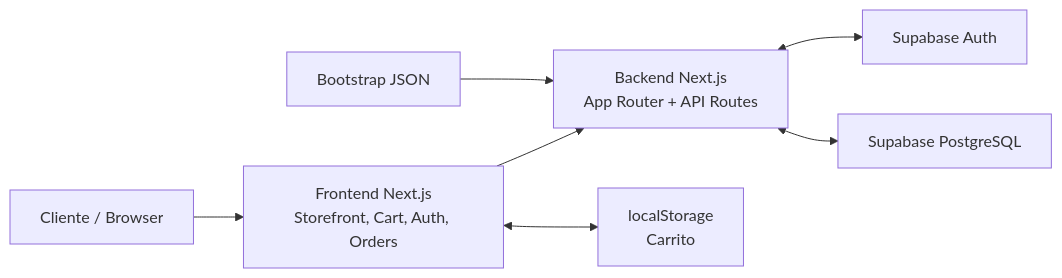
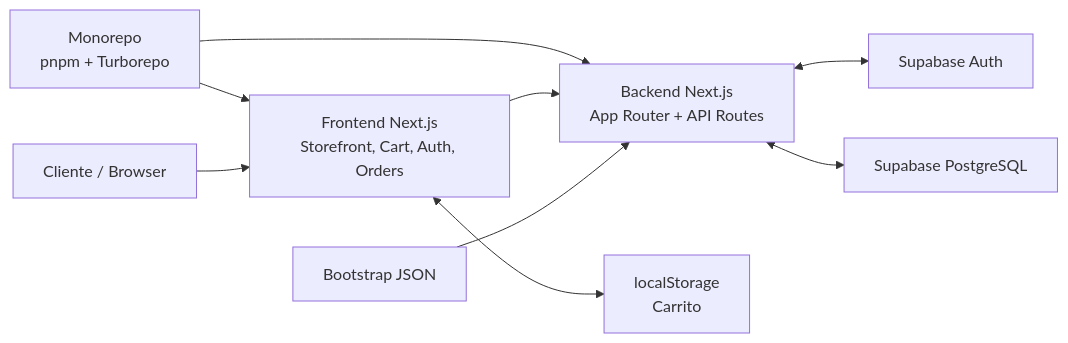
One commit to Camiloruiiz/ploottest changed the first of 11 diagrams in docs/arquitectura-del-sistema.md. Above: the diagram before and after it, drawn with Mermaid. The commit also changed other lines of this file and 48 other files, not shown here.

````diff
--- a/docs/arquitectura-del-sistema.md
+++ b/docs/arquitectura-del-sistema.md
@@ -244,17 +249,20 @@
 ```mermaid
 flowchart LR
+    Monorepo[Monorepo<br/>pnpm + Turborepo]
     Browser[Cliente / Browser]
     Frontend[Frontend Next.js<br/>Storefront, Cart, Auth, Orders]
     Backend[Backend Next.js<br/>App Router + API Routes]
     LocalStorage[localStorage<br/>Carrito]
     Auth[Supabase Auth]
     DB[Supabase PostgreSQL]
     Seed[Bootstrap JSON]
 
+    Monorepo --> Frontend
+    Monorepo --> Backend
     Browser --> Frontend
     Frontend --> Backend
     Frontend <--> LocalStorage
     Backend <--> Auth
     Backend <--> DB
     Seed --> Backend
 ```
````
